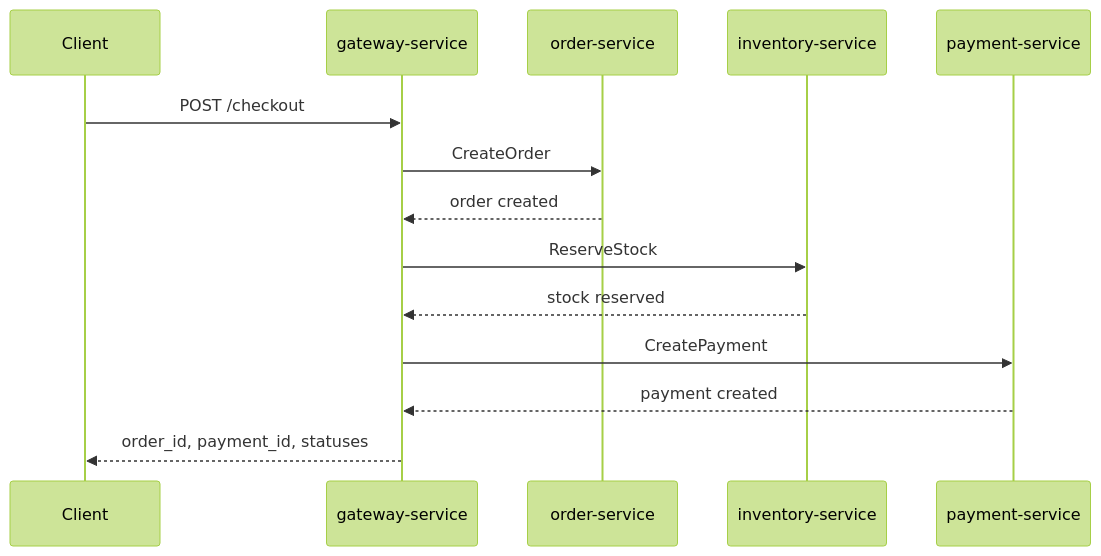
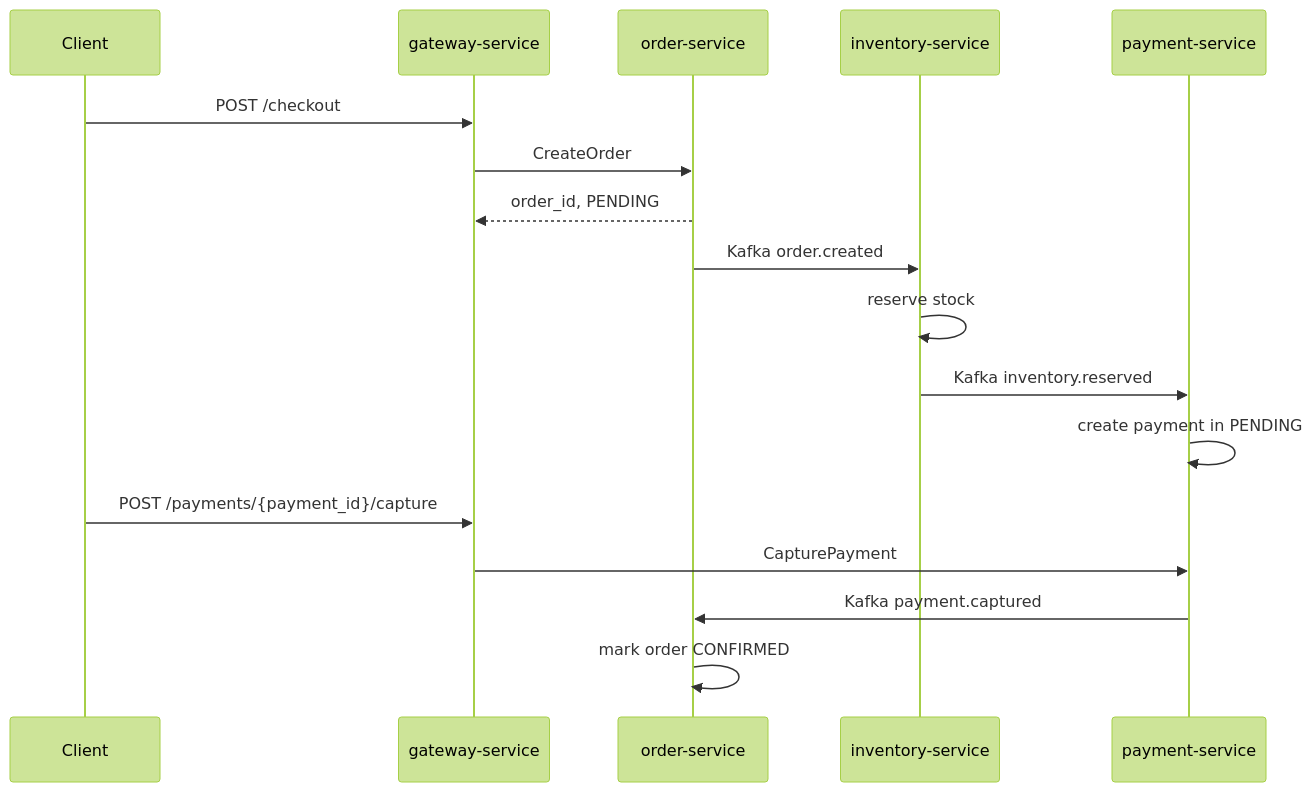
One commit to VladFCS/event-driven-ecommerce changed the second of 2 diagrams in README.md. Above: the diagram before and after it, drawn with Mermaid (forest theme). The commit also changed other lines of this file and 1 other file, not shown here.

````diff
--- a/README.md
+++ b/README.md
@@ -46,17 +40,20 @@
 ```mermaid
 sequenceDiagram
     participant C as Client
     participant G as gateway-service
     participant O as order-service
     participant I as inventory-service
     participant P as payment-service
 
     C->>G: POST /checkout
     G->>O: CreateOrder
-    O-->>G: order created
-    G->>I: ReserveStock
-    I-->>G: stock reserved
-    G->>P: CreatePayment
-    P-->>G: payment created
-    G-->>C: order_id, payment_id, statuses
+    O-->>G: order_id, PENDING
+    O->>I: Kafka order.created
+    I->>I: reserve stock
+    I->>P: Kafka inventory.reserved
+    P->>P: create payment in PENDING
+    C->>G: POST /payments/{payment_id}/capture
+    G->>P: CapturePayment
+    P->>O: Kafka payment.captured
+    O->>O: mark order CONFIRMED
 ```
````
